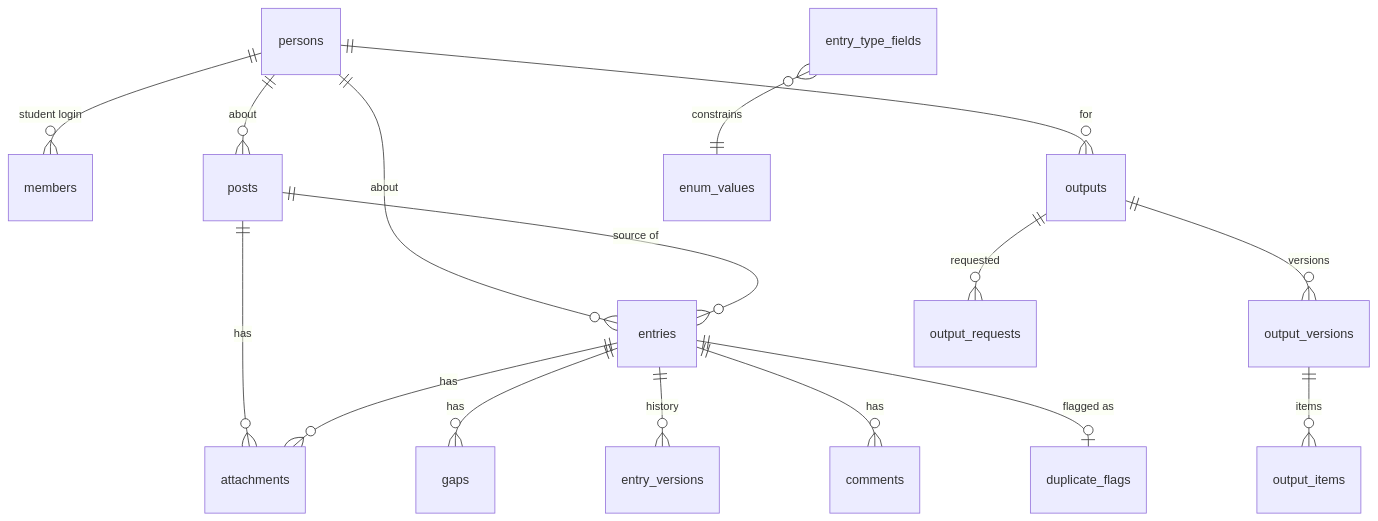
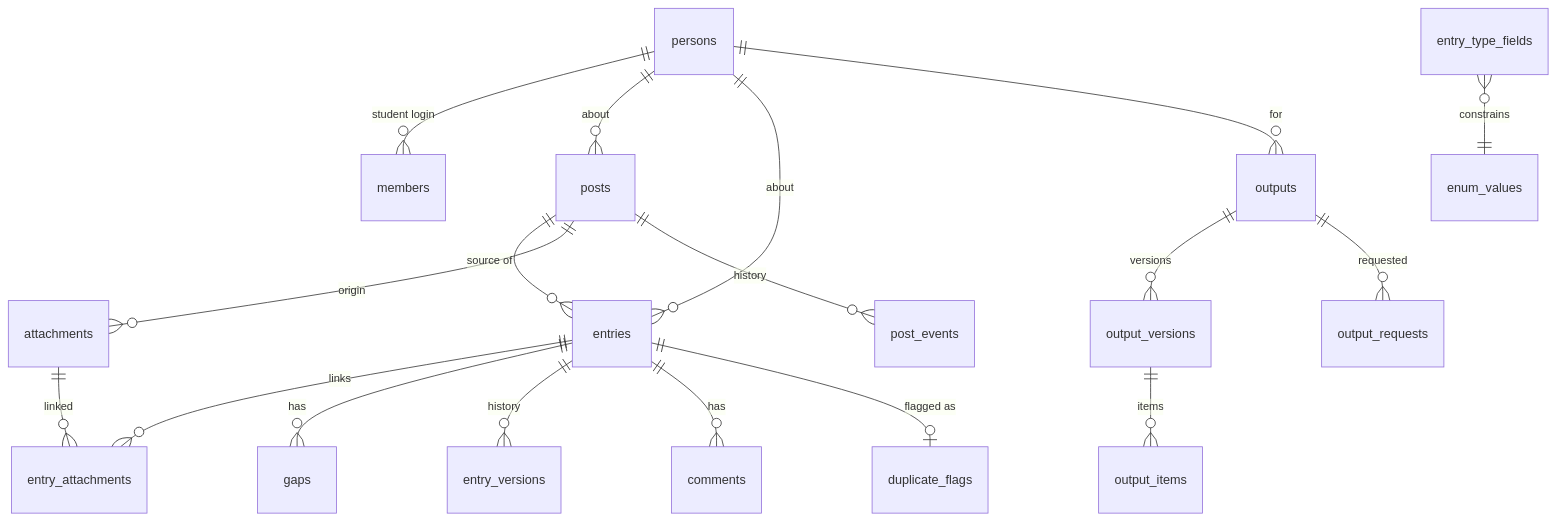
The third of 3 diagrams in _bmad-output/planning-artifacts/architecture/architecture-life-ledger-2026-10-05/ARCHITECTURE-SPINE.md (vinunairs/life-ledger), drawn with Mermaid before and after one commit. The commit also changed other lines of this file and 2 other files, not shown here.

First line of the commit message:
Revise architecture spine after reviewer gate

````diff
--- a/_bmad-output/planning-artifacts/architecture/architecture-life-ledger-2026-10-05/ARCHITECTURE-SPINE.md
+++ b/_bmad-output/planning-artifacts/architecture/architecture-life-ledger-2026-10-05/ARCHITECTURE-SPINE.md
@@ -223,18 +341,20 @@
 ```mermaid
 erDiagram
   persons ||--o{ members : "student login"
   persons ||--o{ posts : about
   persons ||--o{ entries : about
   posts ||--o{ entries : "source of"
-  posts ||--o{ attachments : has
-  entries ||--o{ attachments : has
+  posts ||--o{ attachments : origin
+  entries ||--o{ entry_attachments : links
+  attachments ||--o{ entry_attachments : linked
   entries ||--o{ gaps : has
   entries ||--o{ entry_versions : history
+  posts ||--o{ post_events : history
   entries ||--o{ comments : has
   entries ||--o| duplicate_flags : "flagged as"
   persons ||--o{ outputs : for
   outputs ||--o{ output_versions : versions
   output_versions ||--o{ output_items : items
   outputs ||--o{ output_requests : requested
-  entry_type_fields }o--|| enum_values : "constrains"
+  entry_type_fields }o--|| enum_values : constrains
 ```
````
